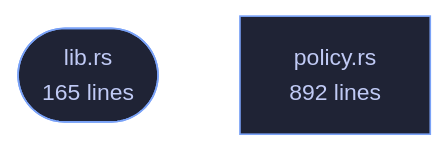
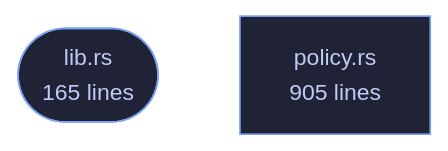
Before and after one commit to tilas01/veilvoice: the diagram in crates/veilvoice-policy/README.md, drawn with Mermaid. The commit also changed other lines of this file and 487 other files, not shown here.

````diff
--- a/crates/veilvoice-policy/README.md
+++ b/crates/veilvoice-policy/README.md
@@ -104,8 +104,8 @@
 ```mermaid
 %%{init: {"theme":"base","themeVariables":{"background":"#1a1b26","primaryColor":"#1f2335","primaryTextColor":"#c0caf5","primaryBorderColor":"#7aa2f7","secondaryColor":"#16161e","tertiaryColor":"#16161e","lineColor":"#737aa2","textColor":"#c0caf5","mainBkg":"#1f2335","nodeBorder":"#7aa2f7","clusterBkg":"#16161e","clusterBorder":"#2f3549","fontFamily":"ui-monospace, SFMono-Regular, Consolas, monospace","fontSize":"14px"}}}%%
 flowchart TD
     n_lib(["lib.rs<br/>165 lines"])
-    n_policy["policy.rs<br/>892 lines"]
+    n_policy["policy.rs<br/>905 lines"]
     click n_lib href "https://github.com/tilas01/veilvoice/blob/main/crates/veilvoice-policy/src/lib.rs" "open the source"
     click n_policy href "https://github.com/tilas01/veilvoice/blob/main/crates/veilvoice-policy/src/policy.rs" "open the source"
 ```
````
